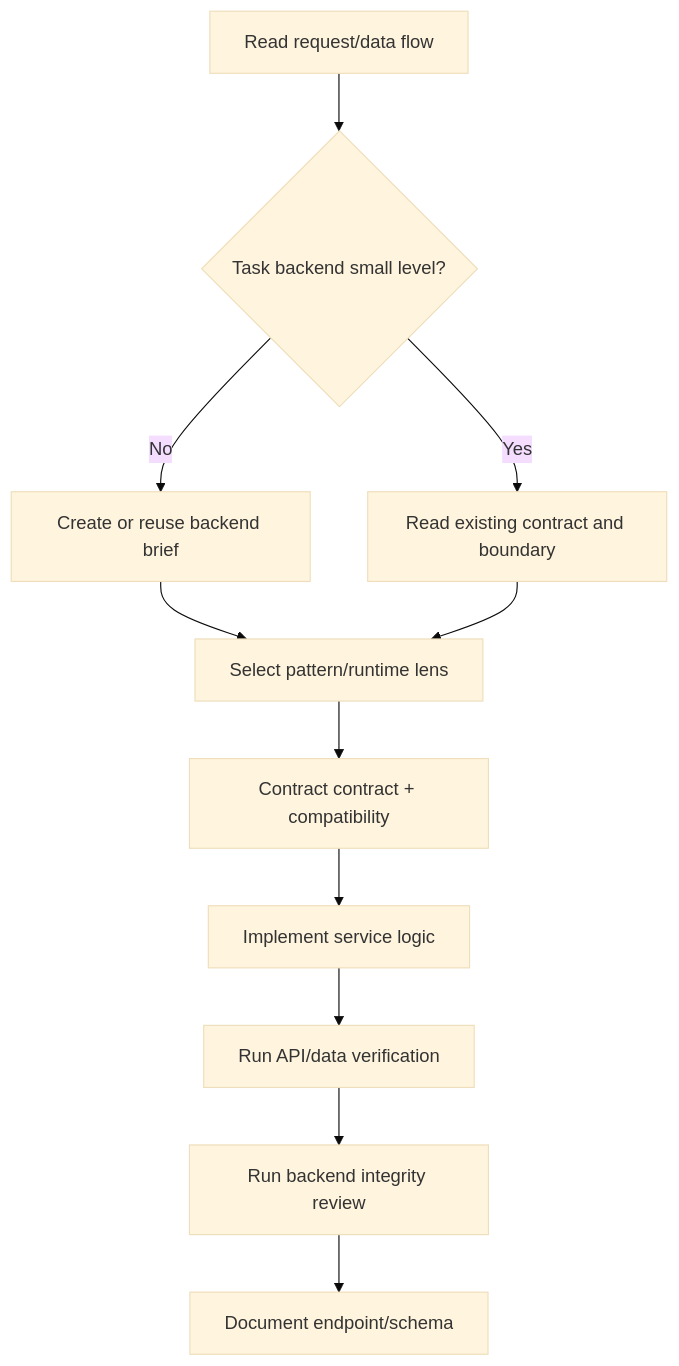
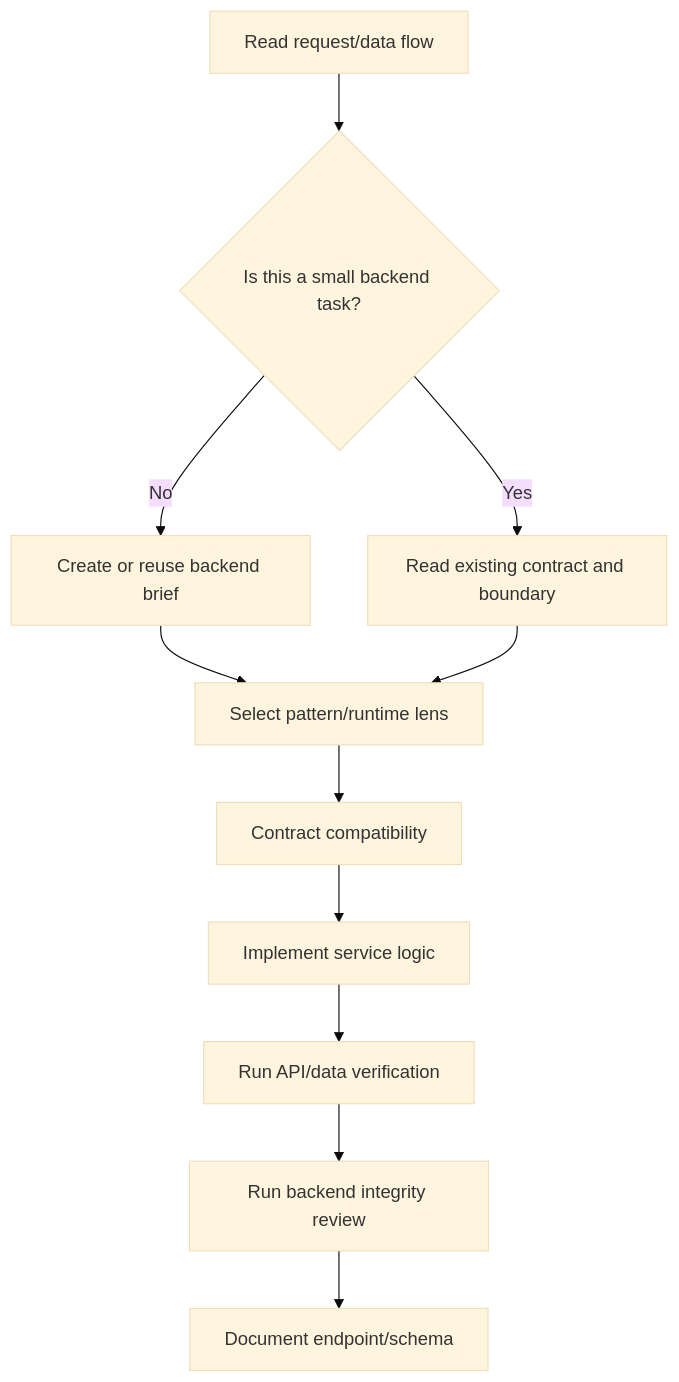
Before and after one commit to nguyenphat57/forge: the diagram in packages/forge-core/domains/backend.md, drawn with Mermaid (base theme). The commit also changed other lines of this file and 59 other files, not shown here.

````diff
--- a/packages/forge-core/domains/backend.md
+++ b/packages/forge-core/domains/backend.md
@@ -49,13 +49,13 @@
 ```mermaid
 flowchart TD
-    A[Read request/data flow] --> B{Task backend small level?}
+    A[Read request/data flow] --> B{Is this a small backend task?}
     B -->|No| C[Create or reuse backend brief]
     B -->|Yes| D[Read existing contract and boundary]
     C --> E[Select pattern/runtime lens]
     D --> E
-    E --> F[Contract contract + compatibility]
+    E --> F[Contract compatibility]
     F --> G[Implement service logic]
     G --> H[Run API/data verification]
     H --> I[Run backend integrity review]
     I --> J[Document endpoint/schema]
 ```
````
